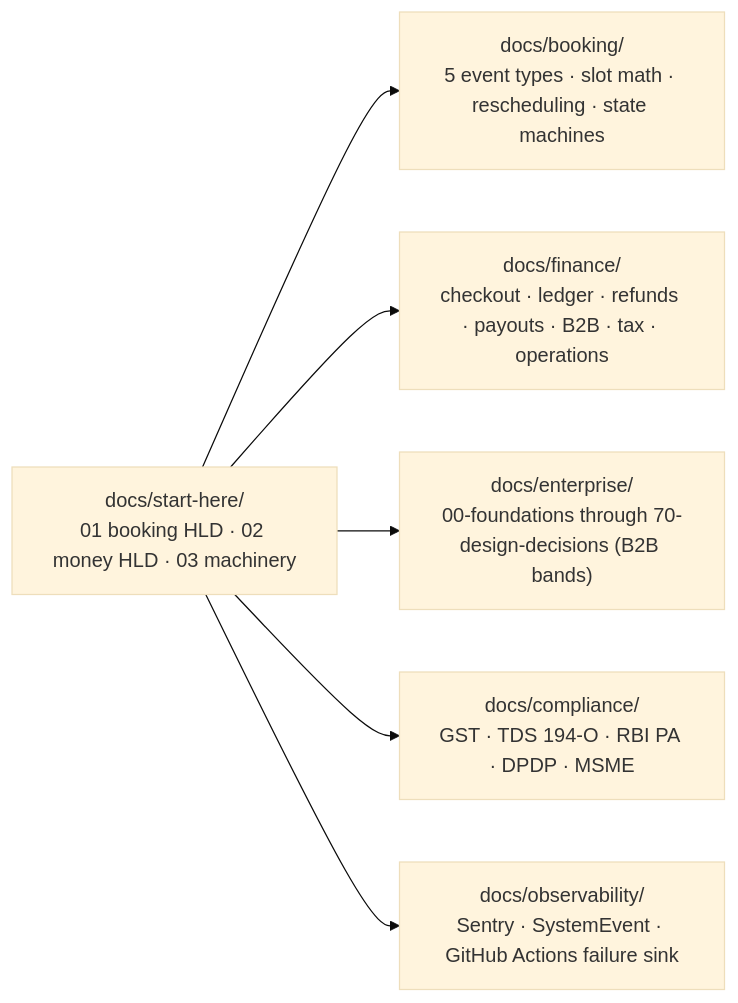
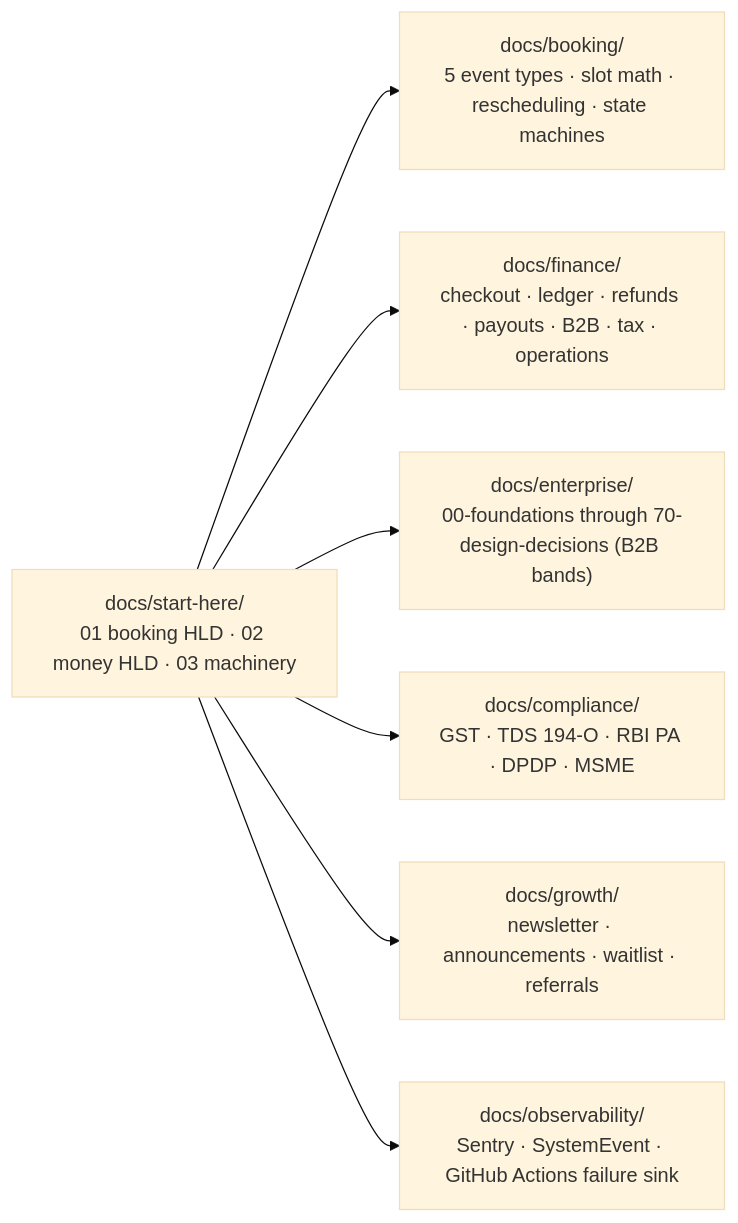
Before and after one commit to Practitionist/familiarise_web: the diagram in docs/start-here/README.md, drawn with Mermaid (base theme). The commit also changed other lines of this file and 12 other files, not shown here.

````diff
--- a/docs/start-here/README.md
+++ b/docs/start-here/README.md
@@ -37,8 +37,9 @@
 ```mermaid
 flowchart LR
   START["docs/start-here/<br/>01 booking HLD · 02 money HLD · 03 machinery"] --> BOOK["docs/booking/<br/>5 event types · slot math · rescheduling · state machines"]
   START --> PAY["docs/finance/<br/>checkout · ledger · refunds · payouts · B2B · tax · operations"]
   START --> ENT["docs/enterprise/<br/>00-foundations through 70-design-decisions (B2B bands)"]
   START --> COMP["docs/compliance/<br/>GST · TDS 194-O · RBI PA · DPDP · MSME"]
+  START --> GROW["docs/growth/<br/>newsletter · announcements · waitlist · referrals"]
   START --> OBS["docs/observability/<br/>Sentry · SystemEvent · GitHub Actions failure sink"]
 ```
````
